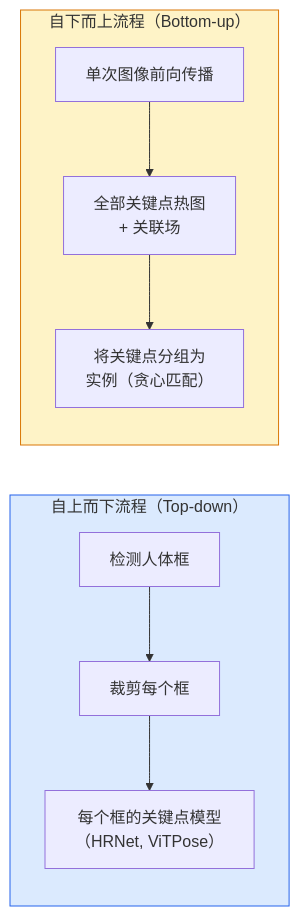
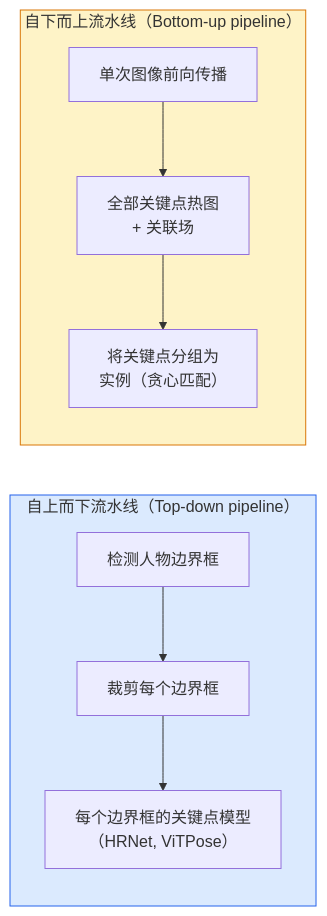
One commit to kyrie114/ai-engineering-from-scratch changed the diagram in phases/04-computer-vision/21-keypoint-pose/docs/zh.md. Above: the diagram before and after it, drawn with Mermaid. The commit also changed other lines of this file, not shown here.

````diff
--- a/phases/04-computer-vision/21-keypoint-pose/docs/zh.md
+++ b/phases/04-computer-vision/21-keypoint-pose/docs/zh.md
@@ -29,14 +29,14 @@
 ```mermaid
 flowchart LR
-    subgraph TD["自上而下流程（Top-down）"]
-        A1["检测人体框"] --> A2["裁剪每个框"]
-        A2 --> A3["每个框的关键点模型<br/>（HRNet, ViTPose）"]
+    subgraph TD["自上而下流水线（Top-down pipeline）"]
+        A1["检测人物边界框"] --> A2["裁剪每个边界框"]
+        A2 --> A3["每个边界框的关键点模型<br/>（HRNet, ViTPose）"]
     end
-    subgraph BU["自下而上流程（Bottom-up）"]
+    subgraph BU["自下而上流水线（Bottom-up pipeline）"]
         B1["单次图像前向传播"] --> B2["全部关键点热图<br/>+ 关联场"]
         B2 --> B3["将关键点分组为<br/>实例（贪心匹配）"]
     end
 
     style TD fill:#dbeafe,stroke:#2563eb
     style BU fill:#fef3c7,stroke:#d97706
 ```
````
